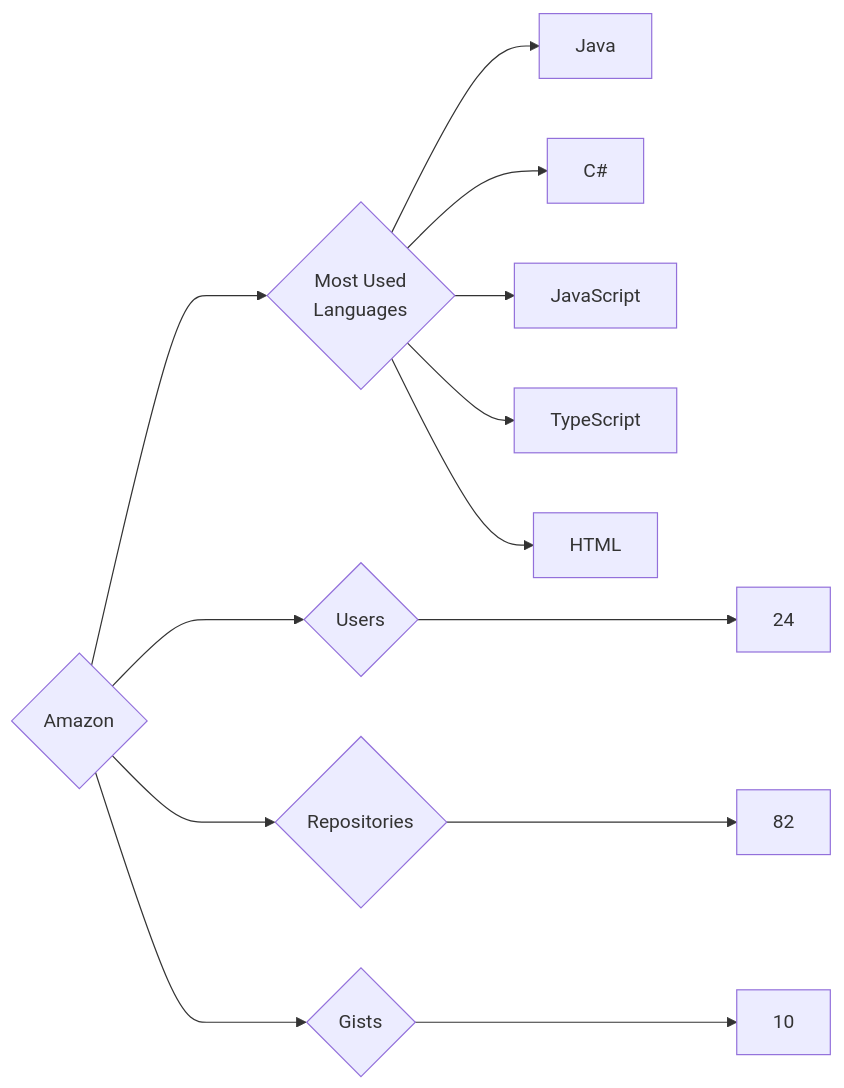
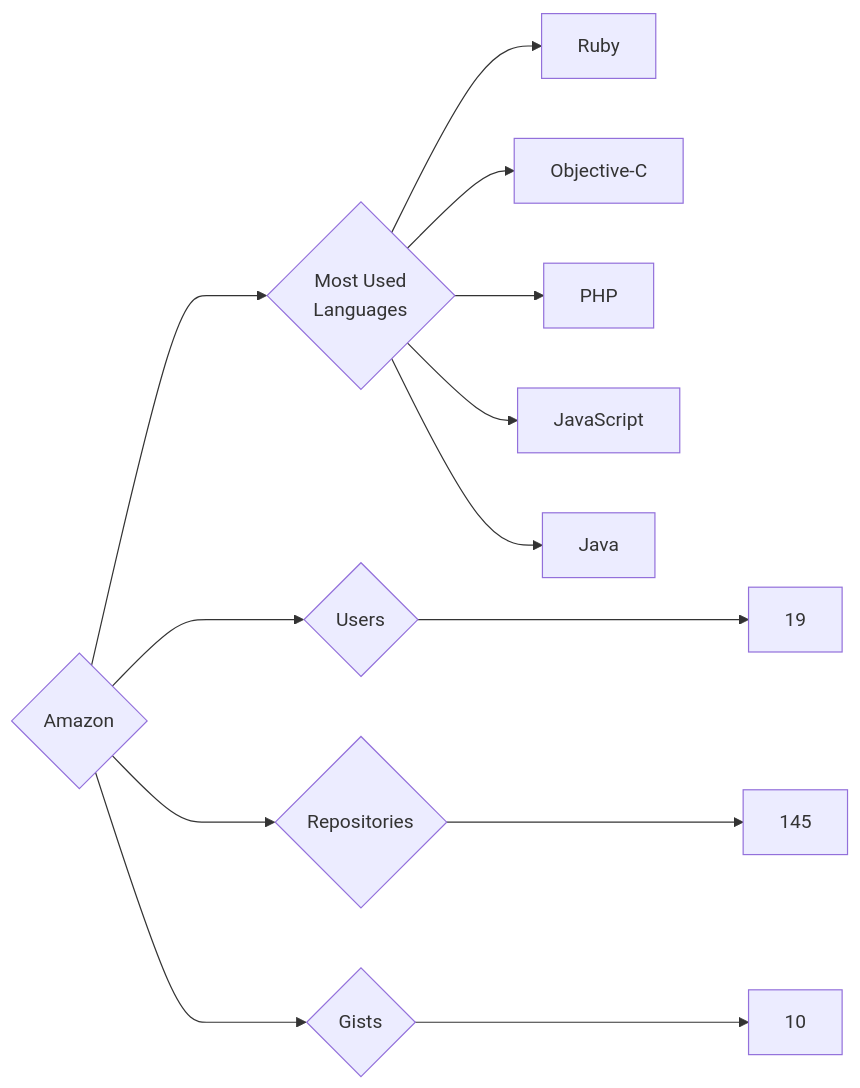
Before and after one commit to trickest/insiders: the diagram in targets/Amazon/README.md, drawn with Mermaid. The commit also changed 953 other files, not shown here.

````diff
--- a/targets/Amazon/README.md
+++ b/targets/Amazon/README.md
@@ -3,13 +3,13 @@
 ```mermaid
 graph LR
 COMPANY_NAME{Amazon}
-COMPANY_NAME ---> U{Users} ---> UN[24]
-COMPANY_NAME ---> R{Repositories} ---> RN[82]
+COMPANY_NAME ---> U{Users} ---> UN[19]
+COMPANY_NAME ---> R{Repositories} ---> RN[145]
 COMPANY_NAME ---> G{Gists} ---> GN[10]
 COMPANY_NAME ---> ML{Most Used<br>Languages}
+ML --> Ruby[Ruby]
+ML --> Objective-C[Objective-C]
+ML --> PHP[PHP]
+ML --> JavaScript[JavaScript]
 ML --> Java[Java]
-ML --> C#[C#]
-ML --> JavaScript[JavaScript]
-ML --> TypeScript[TypeScript]
-ML --> HTML[HTML]
 ```
````
